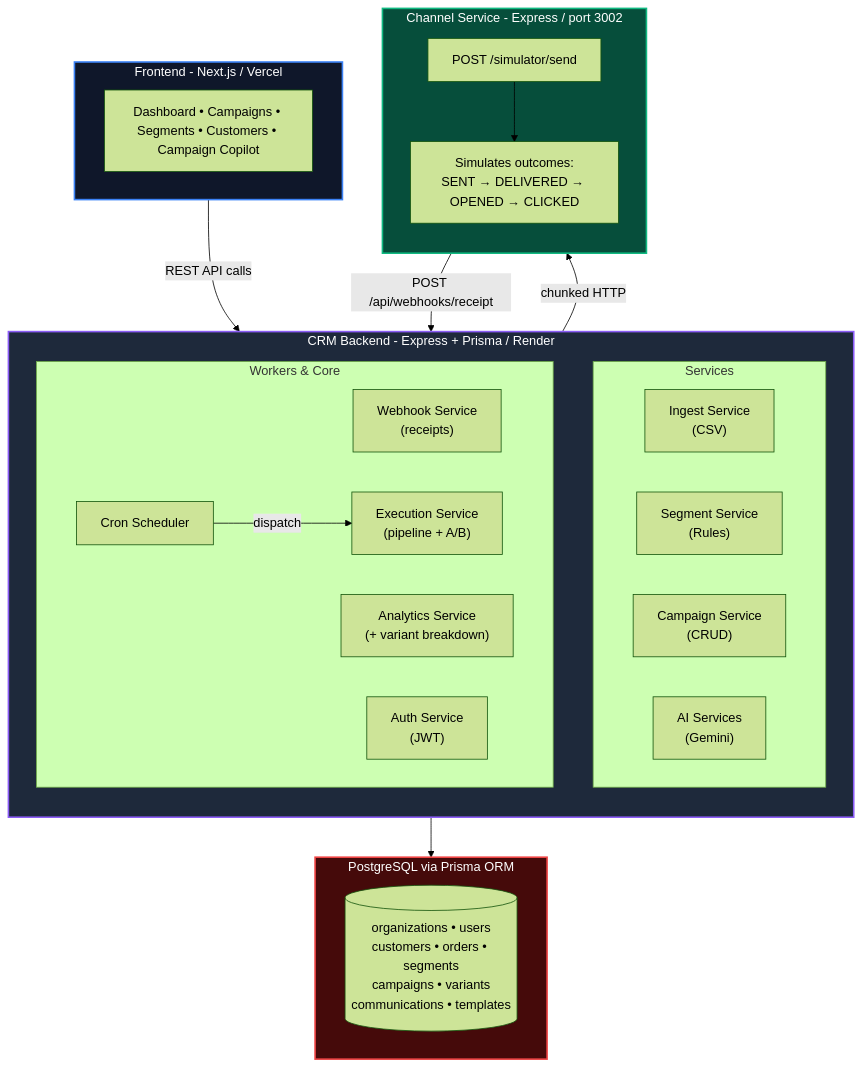
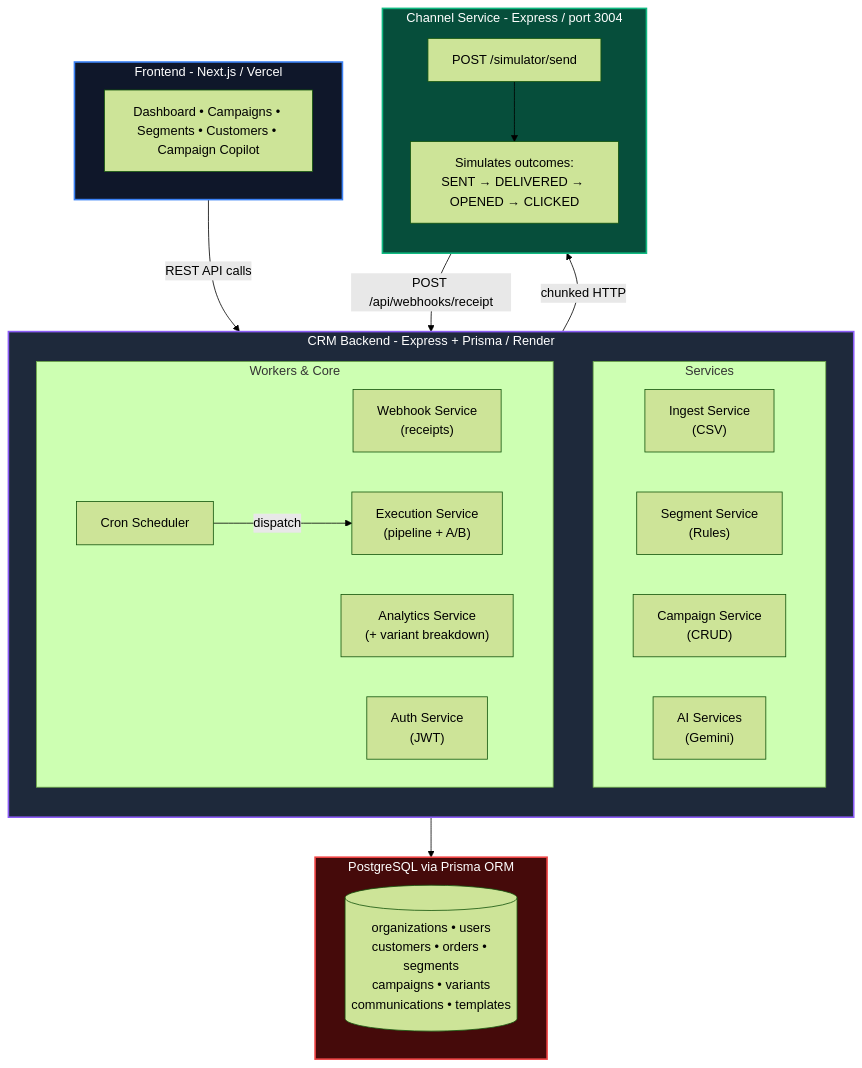
Before and after one commit to madhav-gfn/Basic-AI-Based-CRM: the first of 2 diagrams in README.md, drawn with Mermaid (forest theme). The commit also changed other lines of this file and 32 other files, not shown here.

````diff
--- a/README.md
+++ b/README.md
@@ -9,56 +9,56 @@
 ```mermaid
 flowchart TD
     %% Frontend
     subgraph FE[Frontend - Next.js / Vercel]
         UI["Dashboard • Campaigns • Segments • Customers • Campaign Copilot"]
     end
 
     %% CRM Backend
     subgraph BE[CRM Backend - Express + Prisma / Render]
         direction TB
         subgraph Top[Services]
             direction LR
             Ingest["Ingest Service\n(CSV)"]
             Segment["Segment Service\n(Rules)"]
             Campaign["Campaign Service\n(CRUD)"]
             AI["AI Services\n(Gemini)"]
         end
         subgraph Bottom[Workers & Core]
             direction LR
             Webhook["Webhook Service\n(receipts)"]
             Exec["Execution Service\n(pipeline + A/B)"]
             Analytics["Analytics Service\n(+ variant breakdown)"]
             Cron["Cron Scheduler"]
             Auth["Auth Service\n(JWT)"]
         end
         Cron -- dispatch --> Exec
     end
 
     %% Channel Service
-    subgraph CS[Channel Service - Express / port 3002]
+    subgraph CS[Channel Service - Express / port 3004]
         direction TB
         Simulator["POST /simulator/send"]
         Events["Simulates outcomes:\nSENT → DELIVERED → OPENED → CLICKED"]
         Simulator --> Events
     end
 
     %% Database
     subgraph DB[PostgreSQL via Prisma ORM]
         Tables[("organizations • users\ncustomers • orders • segments\ncampaigns • variants\ncommunications • templates")]
     end
 
     FE -- REST API calls --> BE
     Exec -- chunked HTTP --> Simulator
     Events -- POST /api/webhooks/receipt --> Webhook
     BE --> DB
     
     classDef frontend fill:#0f172a,stroke:#3b82f6,stroke-width:2px,color:#fff;
     classDef backend fill:#1e293b,stroke:#8b5cf6,stroke-width:2px,color:#fff;
     classDef external fill:#064e3b,stroke:#10b981,stroke-width:2px,color:#fff;
     classDef database fill:#450a0a,stroke:#ef4444,stroke-width:2px,color:#fff;
     
     class FE frontend;
     class BE backend;
     class CS external;
     class DB database;
 ```
````
